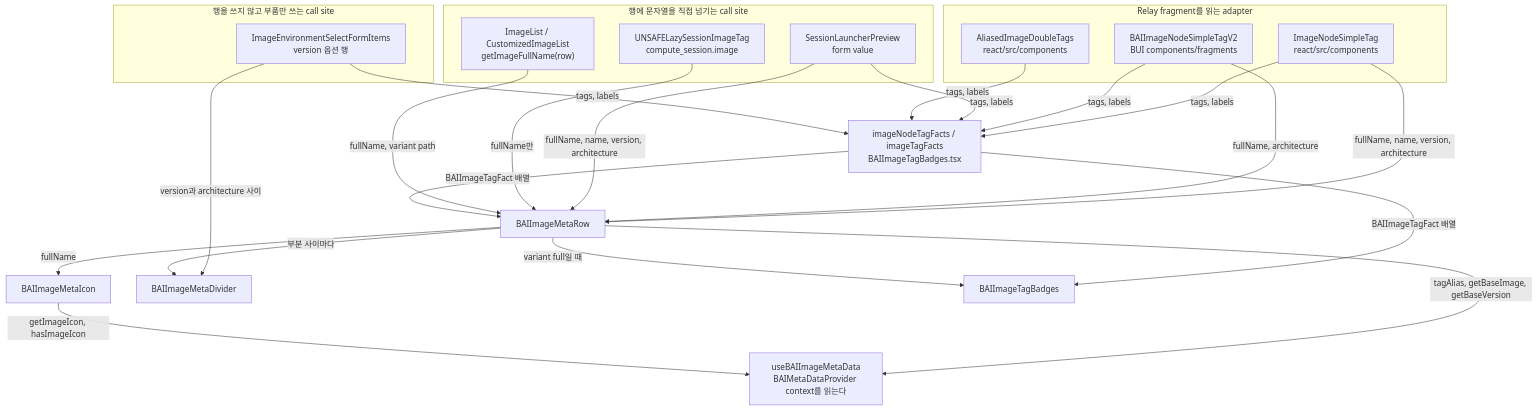
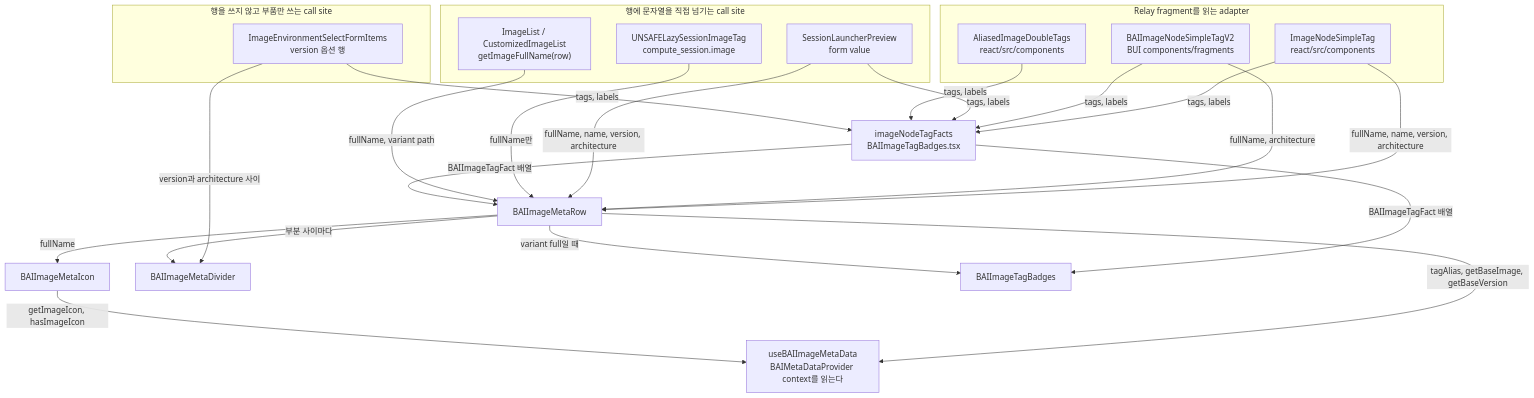
One commit to lablup/backend.ai-webui changed the diagram in docs/adr/0004-container-image-meta-row.md. Above: the diagram before and after it, drawn with Mermaid. The commit also changed other lines of this file and 12 other files, not shown here.

````diff
--- a/docs/adr/0004-container-image-meta-row.md
+++ b/docs/adr/0004-container-image-meta-row.md
@@ -35,41 +36,41 @@
 ```mermaid
 flowchart TB
   subgraph schema["Relay fragment를 읽는 adapter"]
     v1["ImageNodeSimpleTag<br/>react/src/components"]
     v2["BAIImageNodeSimpleTagV2<br/>BUI components/fragments"]
     tagsOnly["AliasedImageDoubleTags<br/>react/src/components"]
   end
   subgraph plain["행에 문자열을 직접 넘기는 call site"]
     launcher["SessionLauncherPreview<br/>form value"]
     lazy["UNSAFELazySessionImageTag<br/>compute_session.image"]
     lists["ImageList / CustomizedImageList<br/>getImageFullName(row)"]
   end
   subgraph rowless["행을 쓰지 않고 부품만 쓰는 call site"]
     envSelect["ImageEnvironmentSelectFormItems<br/>version 옵션 행"]
   end
-  facts["imageNodeTagFacts / imageTagFacts<br/>BAIImageTagBadges.tsx"]
+  facts["imageNodeTagFacts<br/>BAIImageTagBadges.tsx"]
   row["BAIImageMetaRow"]
   icon["BAIImageMetaIcon"]
   divider["BAIImageMetaDivider"]
   badges["BAIImageTagBadges"]
   meta["useBAIImageMetaData<br/>BAIMetaDataProvider context를 읽는다"]
 
   v1 -- "fullName, name, version, architecture" --> row
   v2 -- "fullName, architecture" --> row
   launcher -- "fullName, name, version, architecture" --> row
   lazy -- "fullName만" --> row
   lists -- "fullName, variant path" --> row
   v1 -- "tags, labels" --> facts
   v2 -- "tags, labels" --> facts
   launcher -- "tags, labels" --> facts
   tagsOnly -- "tags, labels" --> facts
   envSelect -- "tags, labels" --> facts
   facts -- "BAIImageTagFact 배열" --> row
   facts -- "BAIImageTagFact 배열" --> badges
   envSelect -- "version과 architecture 사이" --> divider
   row -- "fullName" --> icon
   row -- "부분 사이마다" --> divider
   row -- "variant full일 때" --> badges
   row -- "tagAlias, getBaseImage, getBaseVersion" --> meta
   icon -- "getImageIcon, hasImageIcon" --> meta
 ```
````
